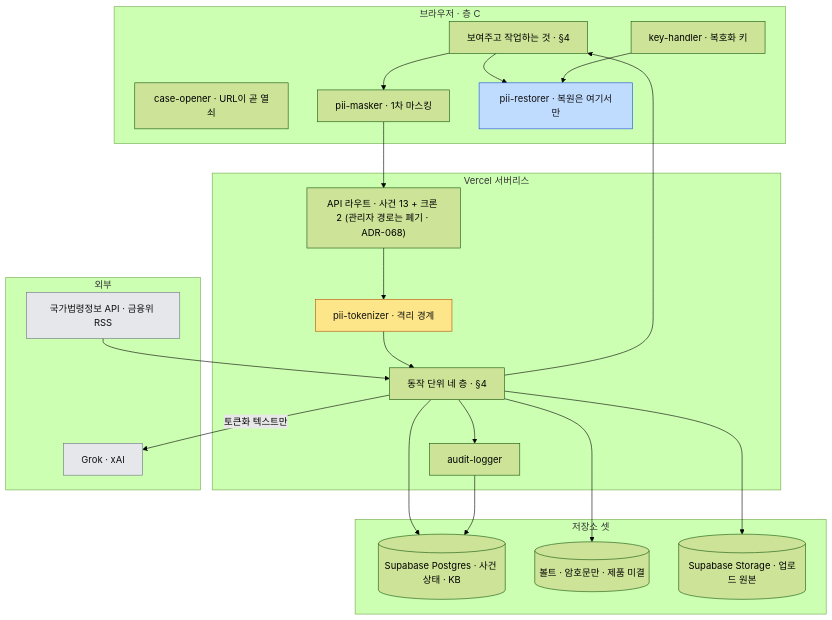
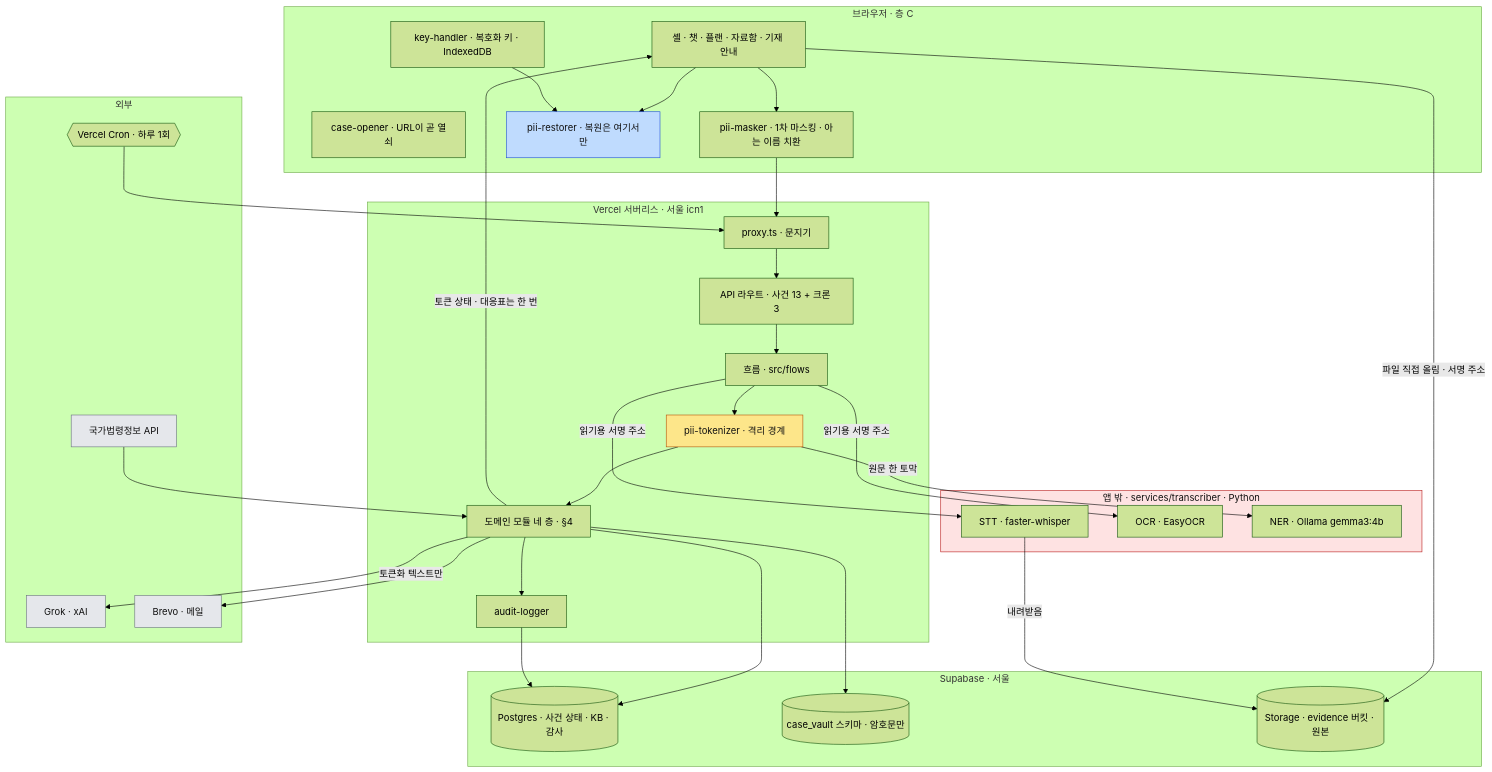
One commit to Dojaegyum/fsec-ai-challenge changed the first of 9 diagrams in ARCHITECTURE.md. Above: the diagram before and after it, drawn with Mermaid (forest theme). The commit also changed other lines of this file and 9 other files, not shown here.

First line of the commit message:
ARCHITECTURE.md 를 2026-09-06 main 기준으로 다시 쓴다 — 앱 밖 모델 서비스 · 볼트 · 크론 셋 · 실제 데이터 흐름을 그리고 미결 절은 없앤다 (doc-gardening 셋째 손질)

````diff
--- a/ARCHITECTURE.md
+++ b/ARCHITECTURE.md
@@ -27,45 +32,63 @@
 ```mermaid
 flowchart TB
     subgraph CLIENT["브라우저 · 층 C"]
         OPEN["case-opener · URL이 곧 열쇠"]
-        UI["보여주고 작업하는 것 · §4"]
-        MASK["pii-masker · 1차 마스킹"]
-        KEY["key-handler · 복호화 키"]
+        UI["셸 · 챗 · 플랜 · 자료함 · 기재 안내"]
+        MASK["pii-masker · 1차 마스킹 · 아는 이름 치환"]
+        KEY["key-handler · 복호화 키 · IndexedDB"]
         REST["pii-restorer · 복원은 여기서만"]
     end
 
-    subgraph SERVER["Vercel 서버리스"]
-        API["API 라우트 · 사건 13 + 크론 2 (관리자 경로는 폐기 · ADR-068)"]
+    subgraph SERVER["Vercel 서버리스 · 서울 icn1"]
+        GATE["proxy.ts · 문지기"]
+        API["API 라우트 · 사건 13 + 크론 3"]
+        FLOW["흐름 · src/flows"]
         BOUND["pii-tokenizer · 격리 경계"]
-        CORE["동작 단위 네 층 · §4"]
+        CORE["도메인 모듈 네 층 · §4"]
         AUDIT["audit-logger"]
     end
 
-    subgraph STORE["저장소 셋"]
-        PG[("Supabase Postgres · 사건 상태 · KB")]
-        KV[("볼트 · 암호문만 · 제품 미결")]
-        BLOB[("Supabase Storage · 업로드 원본")]
+    subgraph STORE["Supabase · 서울"]
+        PG[("Postgres · 사건 상태 · KB · 감사")]
+        KV[("case_vault 스키마 · 암호문만")]
+        BLOB[("Storage · evidence 버킷 · 원본")]
+    end
+
+    subgraph SVC["앱 밖 · services/transcriber · Python"]
+        STT["STT · faster-whisper"]
+        OCR["OCR · EasyOCR"]
+        NER["NER · Ollama gemma3:4b"]
     end
 
     subgraph EXT["외부"]
         GROK["Grok · xAI"]
-        LAW["국가법령정보 API · 금융위 RSS"]
+        LAW["국가법령정보 API"]
+        MAIL["Brevo · 메일"]
+        CRON{{"Vercel Cron · 하루 1회"}}
     end
 
-    UI --> MASK --> API
-    API --> BOUND --> CORE
+    UI --> MASK --> GATE --> API --> FLOW
+    FLOW --> BOUND --> CORE
+    CRON --> GATE
+    UI -- "파일 직접 올림 · 서명 주소" --> BLOB
+    FLOW -- "읽기용 서명 주소" --> STT
+    FLOW -- "읽기용 서명 주소" --> OCR
+    STT -- "내려받음" --> BLOB
+    BOUND -- "원문 한 토막" --> NER
     CORE --> PG
     CORE --> KV
-    CORE --> BLOB
     CORE -- "토큰화 텍스트만" --> GROK
+    LAW --> CORE
+    CORE --> MAIL
     CORE --> AUDIT --> PG
-    CORE --> UI
+    CORE -- "토큰 상태 · 대응표는 한 번" --> UI
     UI --> REST
     KEY --> REST
-    LAW --> CORE
 
     style BOUND fill:#fde68a,stroke:#b45309,color:#111
     style REST fill:#bfdbfe,stroke:#1d4ed8,color:#111
+    style SVC fill:#fee2e2,stroke:#b91c1c,color:#111
     style GROK fill:#e5e7eb,stroke:#6b7280,color:#111
     style LAW fill:#e5e7eb,stroke:#6b7280,color:#111
+    style MAIL fill:#e5e7eb,stroke:#6b7280,color:#111
 ```
````
